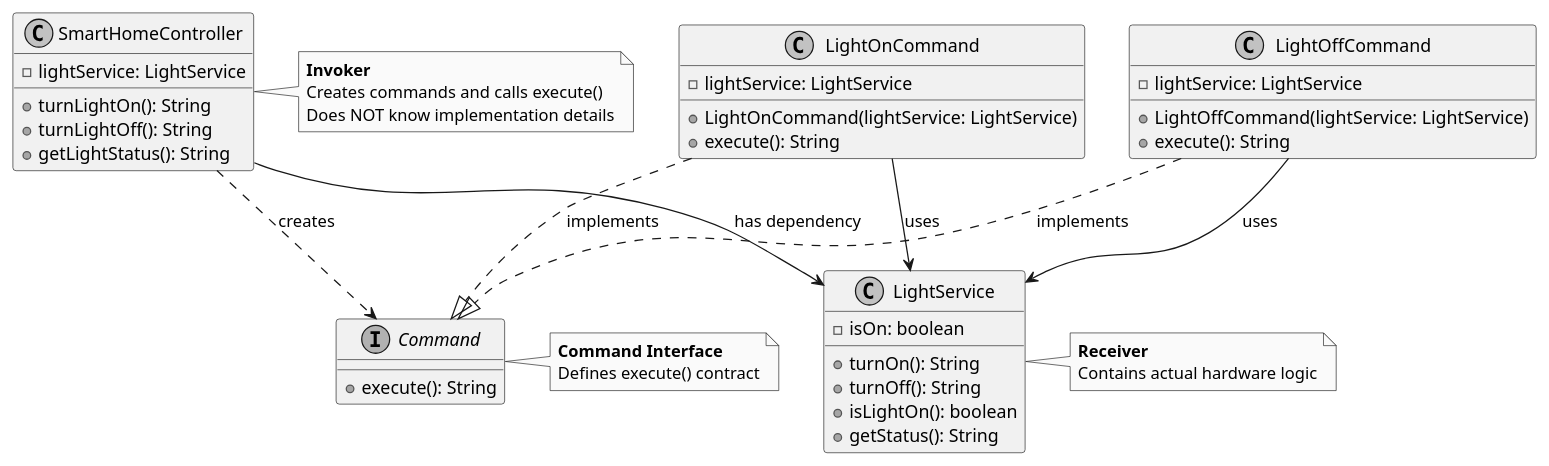
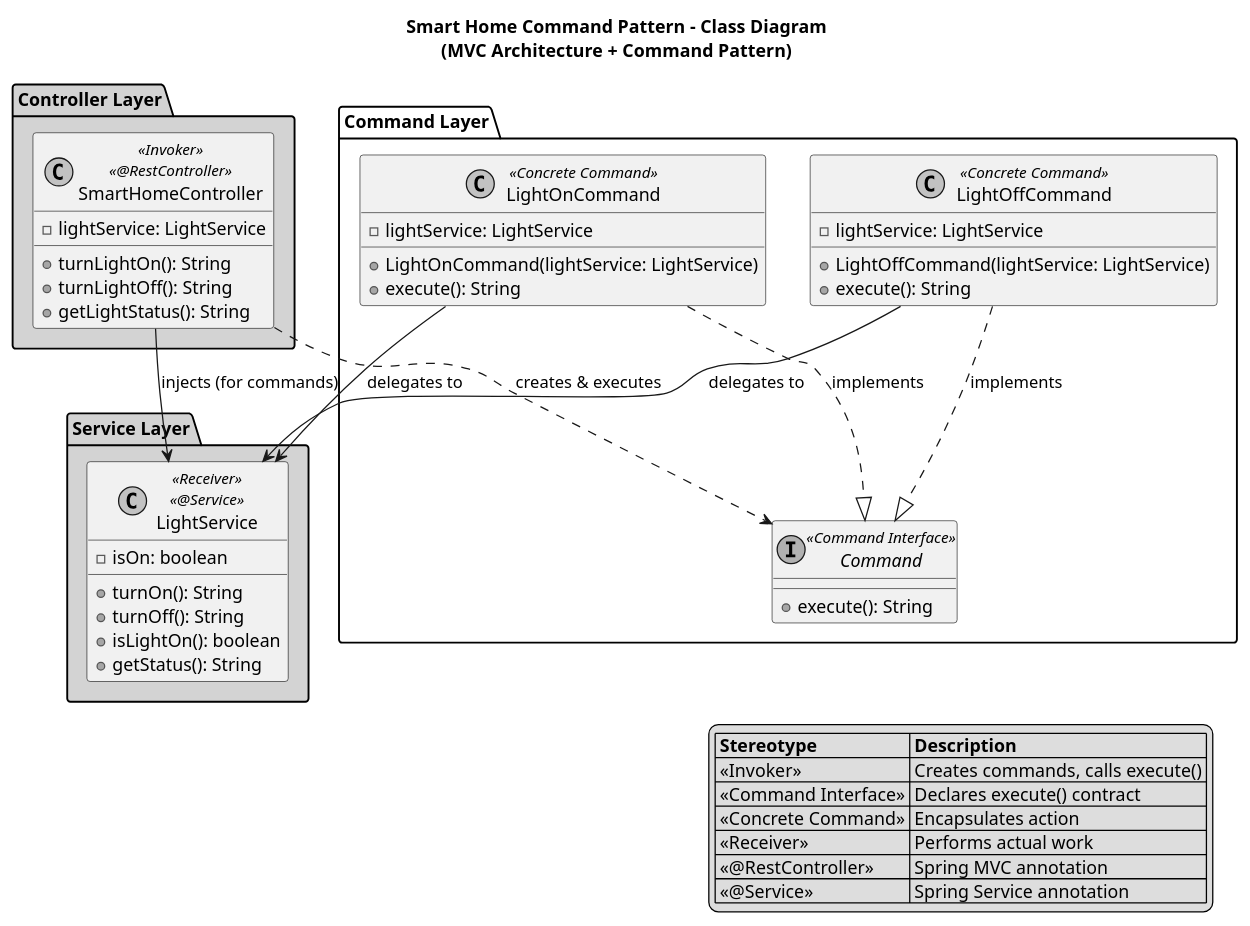
The first of 2 diagrams in docs/COMMAND_PATTERN.md (Mostafa-abozead/commandpattern-MVC-), drawn with PlantUML before and after one commit. The commit also changed other lines of this file, not shown here.

Commit message:
Update PlantUML diagrams with MVC layer packages and pattern stereotypes

````diff
--- a/docs/COMMAND_PATTERN.md
+++ b/docs/COMMAND_PATTERN.md
@@ -26,68 +26,80 @@
 ```plantuml
 @startuml
 skinparam shadowing false
 skinparam monochrome true
 
-' Command Interface
-interface Command {
-    +execute(): String
+title Smart Home Command Pattern - Class Diagram\n(MVC Architecture + Command Pattern)
+
+' ========================================
+' Controller Layer (MVC)
+' ========================================
+package "Controller Layer" #LightGray {
+    class SmartHomeController <<Invoker>> <<@RestController>> {
+        -lightService: LightService
+        +turnLightOn(): String
+        +turnLightOff(): String
+        +getLightStatus(): String
+    }
 }
 
-' Concrete Commands
-class LightOnCommand {
-    -lightService: LightService
-    +LightOnCommand(lightService: LightService)
-    +execute(): String
+' ========================================
+' Command Layer (Command Pattern)
+' ========================================
+package "Command Layer" #White {
+    interface Command <<Command Interface>> {
+        +execute(): String
+    }
+    
+    class LightOnCommand <<Concrete Command>> {
+        -lightService: LightService
+        +LightOnCommand(lightService: LightService)
+        +execute(): String
+    }
+    
+    class LightOffCommand <<Concrete Command>> {
+        -lightService: LightService
+        +LightOffCommand(lightService: LightService)
+        +execute(): String
+    }
 }
 
-class LightOffCommand {
-    -lightService: LightService
-    +LightOffCommand(lightService: LightService)
-    +execute(): String
+' ========================================
+' Service Layer (MVC)
+' ========================================
+package "Service Layer" #LightGray {
+    class LightService <<Receiver>> <<@Service>> {
+        -isOn: boolean
+        +turnOn(): String
+        +turnOff(): String
+        +isLightOn(): boolean
+        +getStatus(): String
+    }
 }
 
-' Receiver
-class LightService {
-    -isOn: boolean
-    +turnOn(): String
-    +turnOff(): String
-    +isLightOn(): boolean
-    +getStatus(): String
-}
-
-' Invoker
-class SmartHomeController {
-    -lightService: LightService
-    +turnLightOn(): String
-    +turnLightOff(): String
-    +getLightStatus(): String
-}
-
+' ========================================
 ' Relationships
+' ========================================
 LightOnCommand ..|> Command : implements
 LightOffCommand ..|> Command : implements
 
-LightOnCommand --> LightService : uses
-LightOffCommand --> LightService : uses
+LightOnCommand --> LightService : delegates to
+LightOffCommand --> LightService : delegates to
 
-SmartHomeController ..> Command : creates
-SmartHomeController --> LightService : has dependency
+SmartHomeController ..> Command : creates & executes
+SmartHomeController --> LightService : injects (for commands)
 
-note right of SmartHomeController
-  **Invoker**
-  Creates commands and calls execute()
-  Does NOT know implementation details
-end note
-
-note right of LightService
-  **Receiver**
-  Contains actual hardware logic
-end note
-
-note right of Command
-  **Command Interface**
-  Defines execute() contract
-end note
+' ========================================
+' Legend
+' ========================================
+legend right
+  |= Stereotype |= Description |
+  | <<Invoker>> | Creates commands, calls execute() |
+  | <<Command Interface>> | Declares execute() contract |
+  | <<Concrete Command>> | Encapsulates action |
+  | <<Receiver>> | Performs actual work |
+  | <<@RestController>> | Spring MVC annotation |
+  | <<@Service>> | Spring Service annotation |
+endlegend
 
 @enduml
 ```
````
